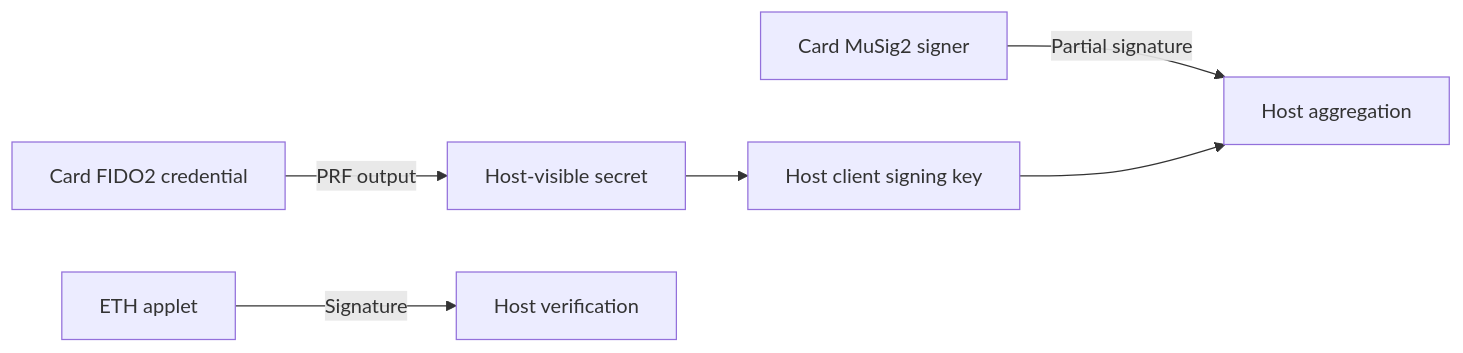
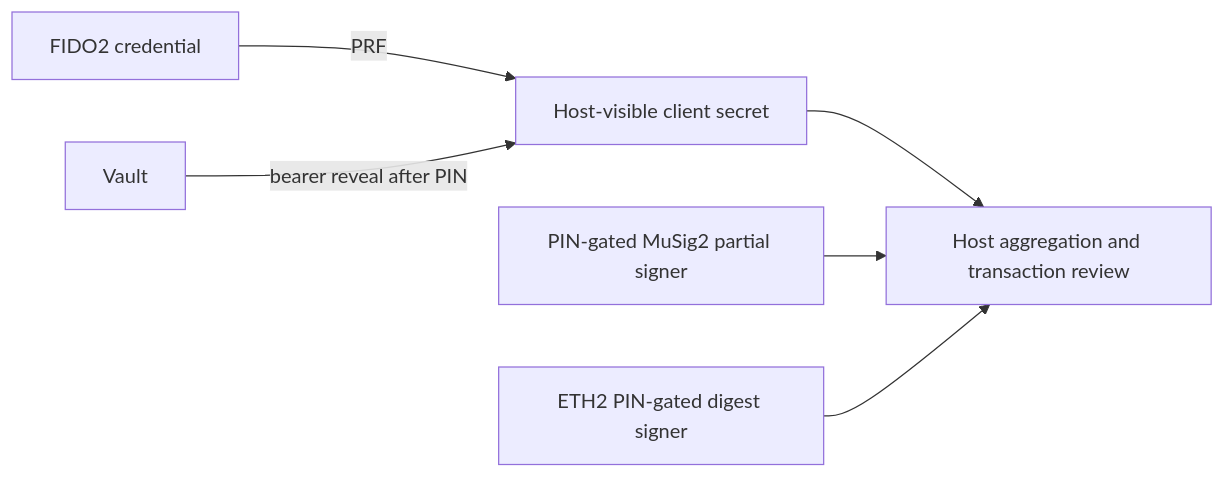
Before and after one commit to nuri-com/nuri-passkey-prf-smartcard: the diagram in docs/security-model.md, drawn with Mermaid. The commit also changed other lines of this file and 58 other files, not shown here.

````diff
--- a/docs/security-model.md
+++ b/docs/security-model.md
@@ -3,8 +3,8 @@
 ```mermaid
 flowchart LR
-  F[Card FIDO2 credential] -->|PRF output| H[Host-visible secret]
-  H --> K[Host client signing key]
-  M[Card MuSig2 signer] -->|Partial signature| A[Host aggregation]
-  K --> A
-  E[ETH applet] -->|Signature| V[Host verification]
+  F[FIDO2 credential] -->|PRF| H[Host-visible client secret]
+  H --> A[Host aggregation and transaction review]
+  M[PIN-gated MuSig2 partial signer] --> A
+  E[ETH2 PIN-gated digest signer] --> A
+  V[Vault] -->|bearer reveal after PIN| H
 ```
````
